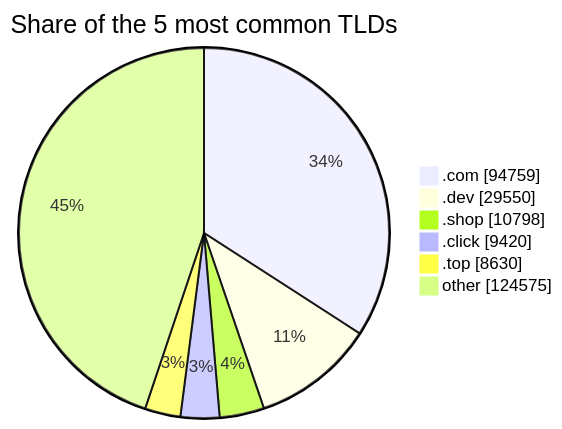
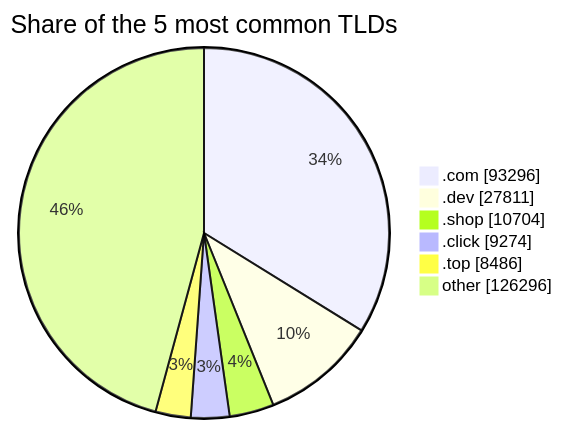
One commit to DNSBunker/CTI changed the third of 3 diagrams in README.md. Above: the diagram before and after it, drawn with Mermaid. The commit also changed other lines of this file and 3 other files, not shown here.

````diff
--- a/README.md
+++ b/README.md
@@ -81,9 +81,9 @@
 ```mermaid
 pie showData title Share of the 5 most common TLDs
-    ".com" : 94759
-    ".dev" : 29550
-    ".shop" : 10798
-    ".click" : 9420
-    ".top" : 8630
-    "other" : 124575
+    ".com" : 93296
+    ".dev" : 27811
+    ".shop" : 10704
+    ".click" : 9274
+    ".top" : 8486
+    "other" : 126296
 ```
````
